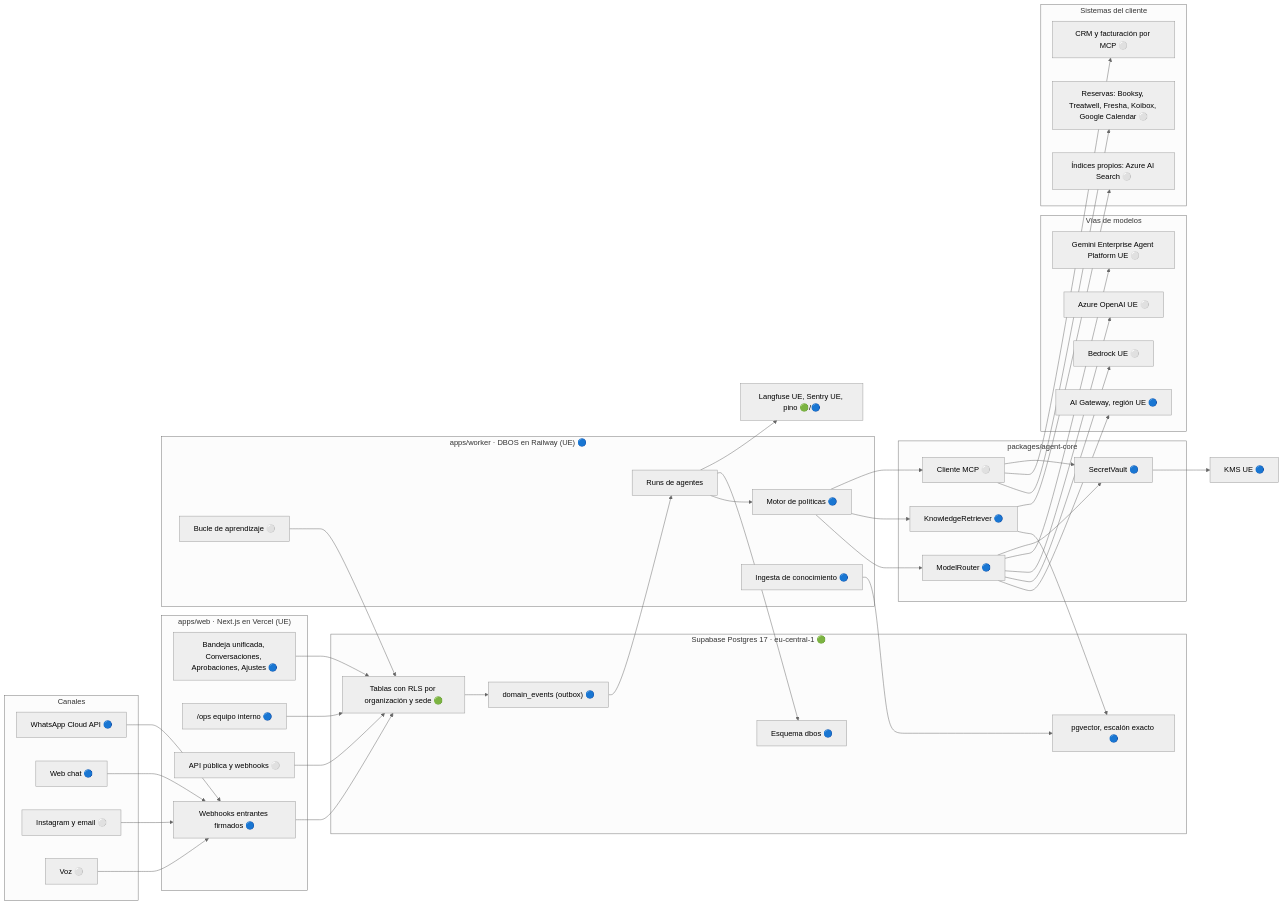
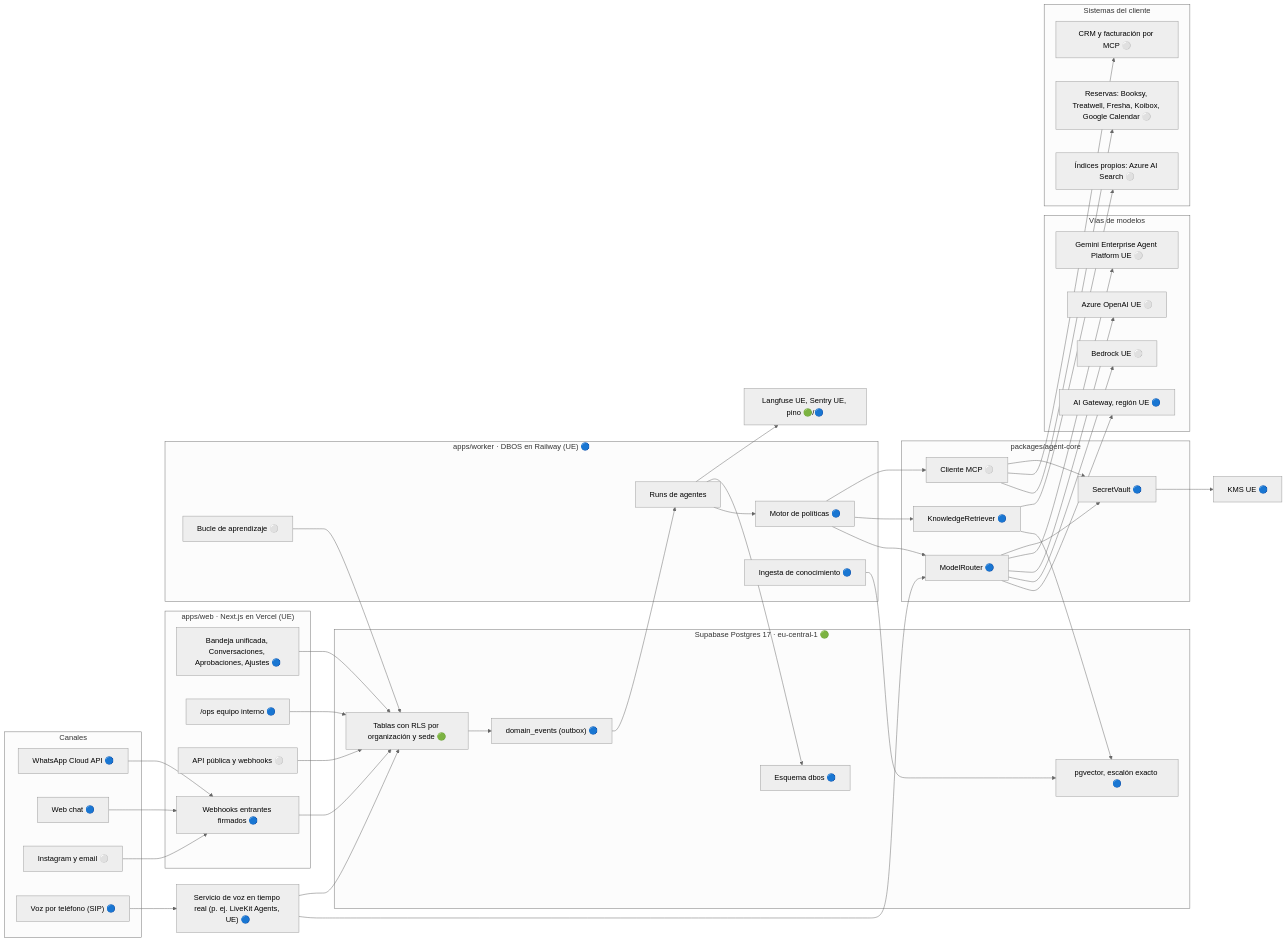
One commit to dsvmotion/moodly changed the first of 3 diagrams in docs/design/roadmap-enterprise.md. Above: the diagram before and after it, drawn with Mermaid (neutral theme). The commit also changed other lines of this file, not shown here.

Commit message:
Docs: la voz entra en la hoja de ruta como canal principal (roadmap-enterprise)

```diff
--- a/docs/design/roadmap-enterprise.md
+++ b/docs/design/roadmap-enterprise.md
@@ -625,7 +687,7 @@
     WA["WhatsApp Cloud API 🔵"]
     WEBCHAT["Web chat 🔵"]
     IGM["Instagram y email ⚪"]
-    VOZ["Voz ⚪"]
+    VOZ["Voz por teléfono (SIP) 🔵"]
   end
 
   subgraph Web["apps/web · Next.js en Vercel (UE)"]
@@ -641,6 +703,8 @@
     LEARN["Bucle de aprendizaje ⚪"]
     INGEST["Ingesta de conocimiento 🔵"]
   end
+
+  VSVC["Servicio de voz en tiempo real (p. ej. LiveKit Agents, UE) 🔵"]
 
   subgraph Core["packages/agent-core"]
     ROUTER["ModelRouter 🔵"]
@@ -675,7 +739,9 @@
   WA --> WH
   WEBCHAT --> WH
   IGM --> WH
-  VOZ --> WH
+  VOZ --> VSVC
+  VSVC --> ROUTER
+  VSVC --> RLS
   WH --> RLS
   UI --> RLS
   OPS --> RLS
```
